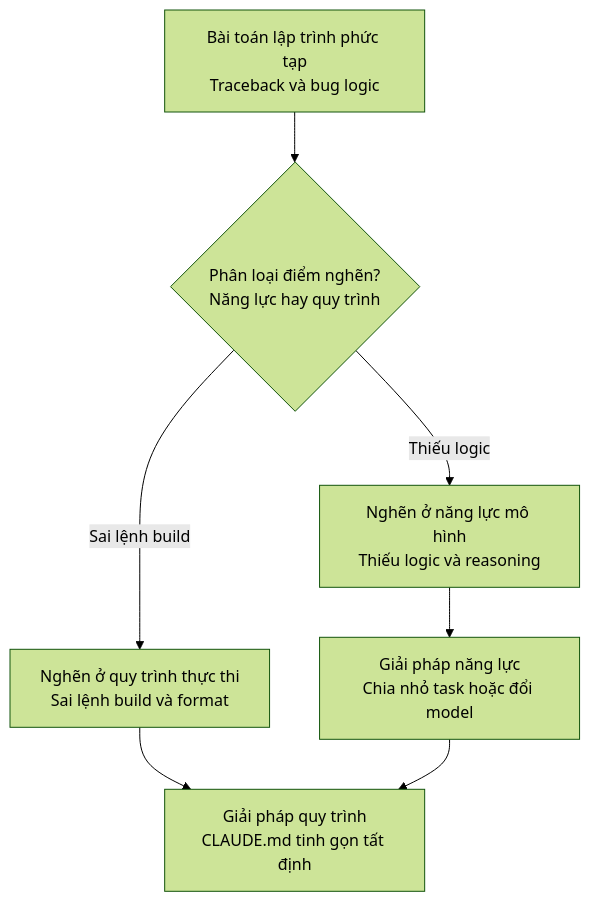
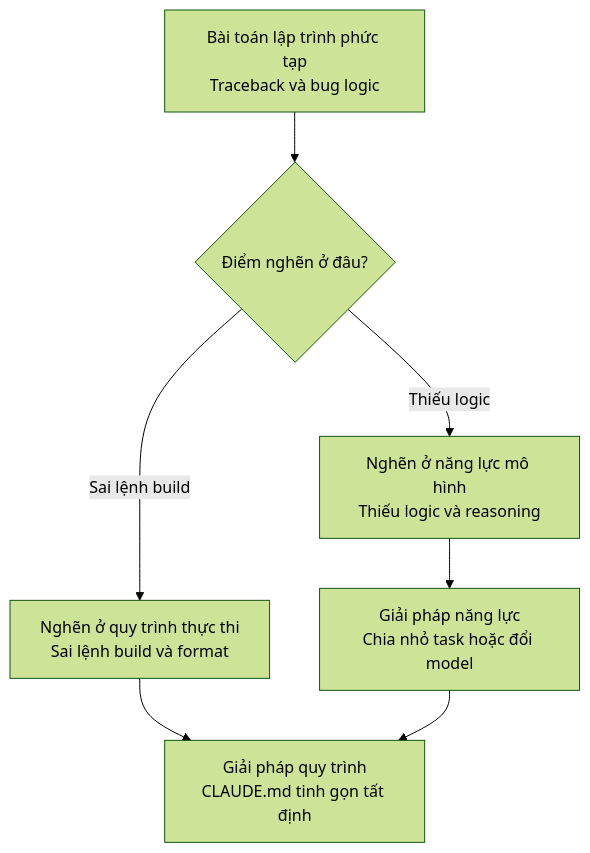
One commit to nguyengoctin/my_website changed the first of 2 diagrams in content/posts/tu-duy-viet-claudemd-thuc-chien.md. Above: the diagram before and after it, drawn with Mermaid (forest theme). The commit also changed other lines of this file and 19 other files, not shown here.

Commit message:
chore: implement Mermaid best-practice audit script, apply auto-fixes to posts, and adjust rendering configurations

````diff
--- a/content/posts/tu-duy-viet-claudemd-thuc-chien.md
+++ b/content/posts/tu-duy-viet-claudemd-thuc-chien.md
@@ -71,15 +71,15 @@
 ```mermaid
 flowchart TD
     Prob["Bài toán lập trình phức tạp<br/>Traceback và bug logic"]
-    Check{"Phân loại điểm nghẽn?<br/>Năng lực hay quy trình"}
+    Check{"Điểm nghẽn ở đâu?"}
     Cap["Nghẽn ở năng lực mô hình<br/>Thiếu logic và reasoning"]
     Proc["Nghẽn ở quy trình thực thi<br/>Sai lệnh build và format"]
     SolCap["Giải pháp năng lực<br/>Chia nhỏ task hoặc đổi model"]
     SolProc["Giải pháp quy trình<br/>CLAUDE.md tinh gọn tất định"]
     Prob --> Check
     Check -->|Thiếu logic| Cap
     Check -->|Sai lệnh build| Proc
     Cap --> SolCap
     Proc --> SolProc
     SolCap --> SolProc
 ```
````
